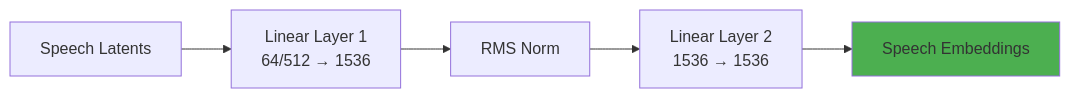
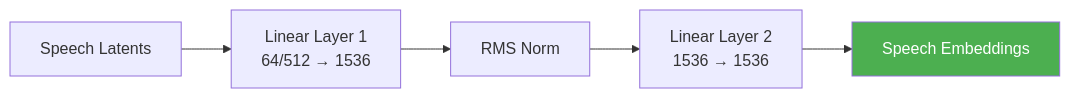
One commit to zhao-kun/vibevoice changed the fifth of 19 diagrams in docs/vibevoice_inference_architecture.md. Above: the diagram before and after it, drawn with Mermaid. The commit also changed other lines of this file, not shown here.

````diff
--- a/docs/vibevoice_inference_architecture.md
+++ b/docs/vibevoice_inference_architecture.md
@@ -271,9 +271,9 @@
 ```mermaid
 graph LR
     A[Speech Latents] --> B[Linear Layer 1<br/>64/512 → 1536]
     B --> C[RMS Norm]
     C --> D[Linear Layer 2<br/>1536 → 1536]
     D --> E[Speech Embeddings]
 
-    style E fill:#4caf50
+    style E fill:#4caf50,color:#FFFFFF
 ```
````
